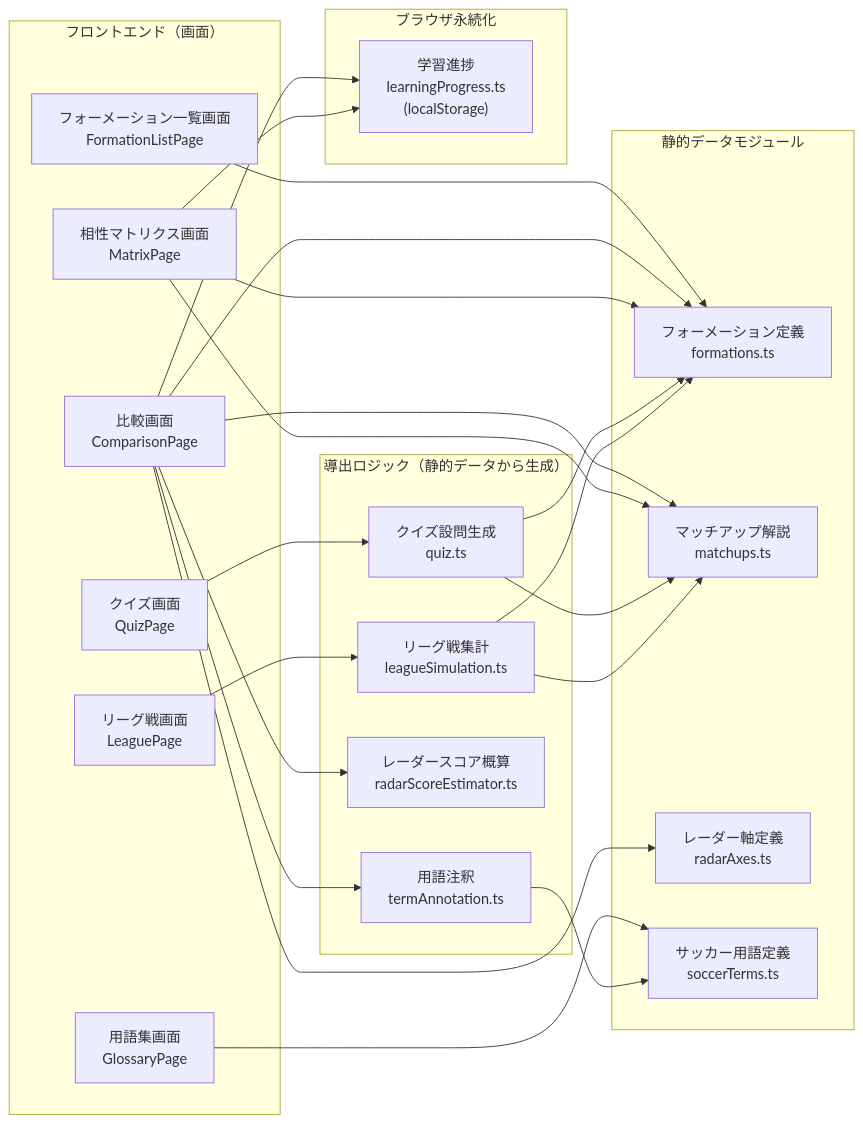
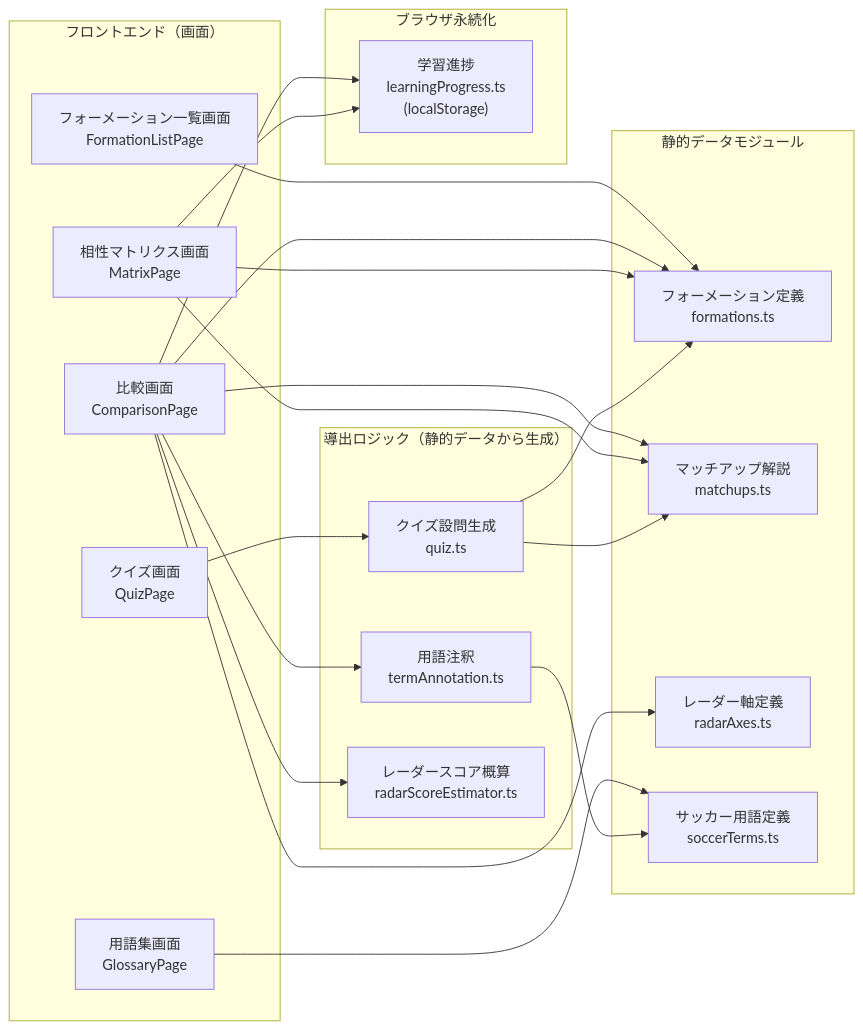
One commit to n-yata/soccer-sim changed the fourth of 4 diagrams in docs/specs/1_requirements/functional-overview.md. Above: the diagram before and after it, drawn with Mermaid. The commit also changed other lines of this file and 40 other files, not shown here.

````diff
--- a/docs/specs/1_requirements/functional-overview.md
+++ b/docs/specs/1_requirements/functional-overview.md
@@ -315,45 +303,40 @@
 ```mermaid
 flowchart LR
     subgraph FE["フロントエンド（画面）"]
       S1["フォーメーション一覧画面<br/>FormationListPage"]
       S2["比較画面<br/>ComparisonPage"]
       S3["相性マトリクス画面<br/>MatrixPage"]
       S4["用語集画面<br/>GlossaryPage"]
       S5["クイズ画面<br/>QuizPage"]
-      S6["リーグ戦画面<br/>LeaguePage"]
     end
     subgraph DATA["静的データモジュール"]
       D1["フォーメーション定義<br/>formations.ts"]
       D2["マッチアップ解説<br/>matchups.ts"]
       D3["レーダー軸定義<br/>radarAxes.ts"]
       D4["サッカー用語定義<br/>soccerTerms.ts"]
     end
     subgraph DERIVED["導出ロジック（静的データから生成）"]
       L1["用語注釈<br/>termAnnotation.ts"]
       L2["クイズ設問生成<br/>quiz.ts"]
       L3["レーダースコア概算<br/>radarScoreEstimator.ts"]
-      L4["リーグ戦集計<br/>leagueSimulation.ts"]
     end
     subgraph STORAGE["ブラウザ永続化"]
       P1["学習進捗<br/>learningProgress.ts<br/>(localStorage)"]
     end
 
     S1 --> D1
     S2 --> D1
     S2 --> D2
     S2 --> D3
     S2 --> L1
     S2 --> L3
     S2 --> P1
     S3 --> D1
     S3 --> D2
     S3 --> P1
     S4 --> D4
     S5 --> L2
-    S6 --> L4
     L1 --> D4
     L2 --> D1
     L2 --> D2
-    L4 --> D1
-    L4 --> D2
 ```
````
